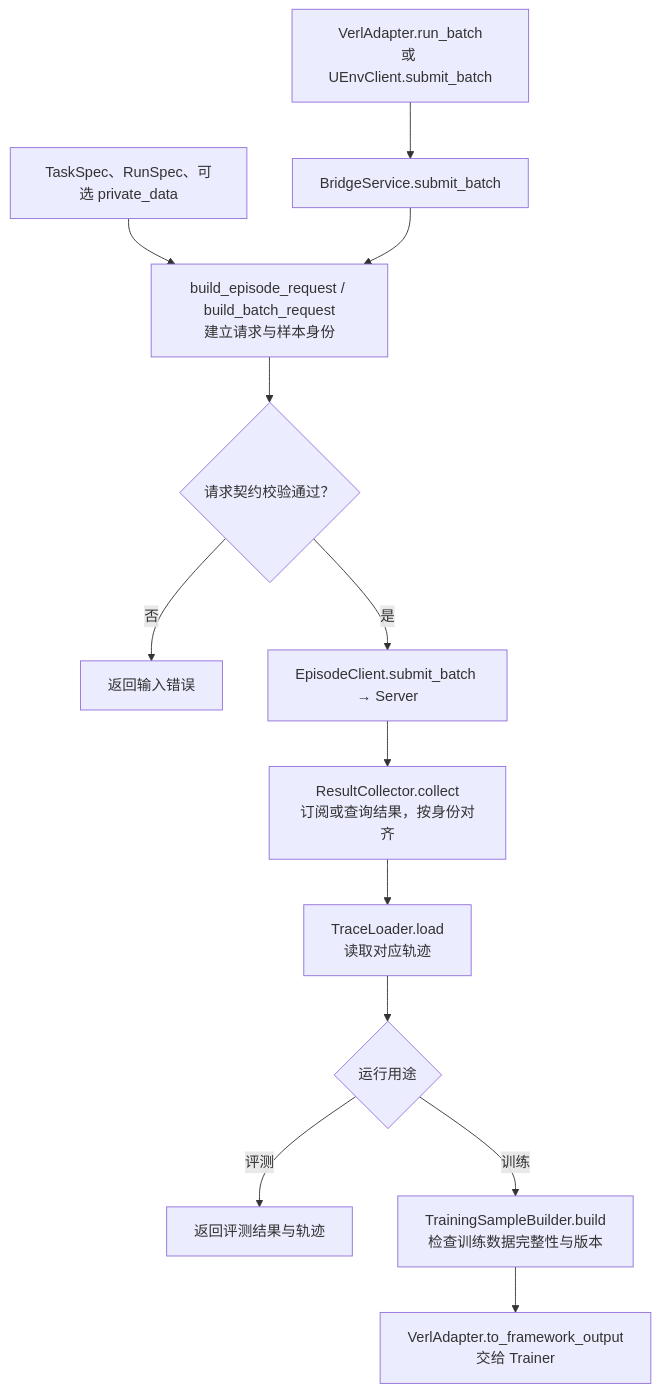
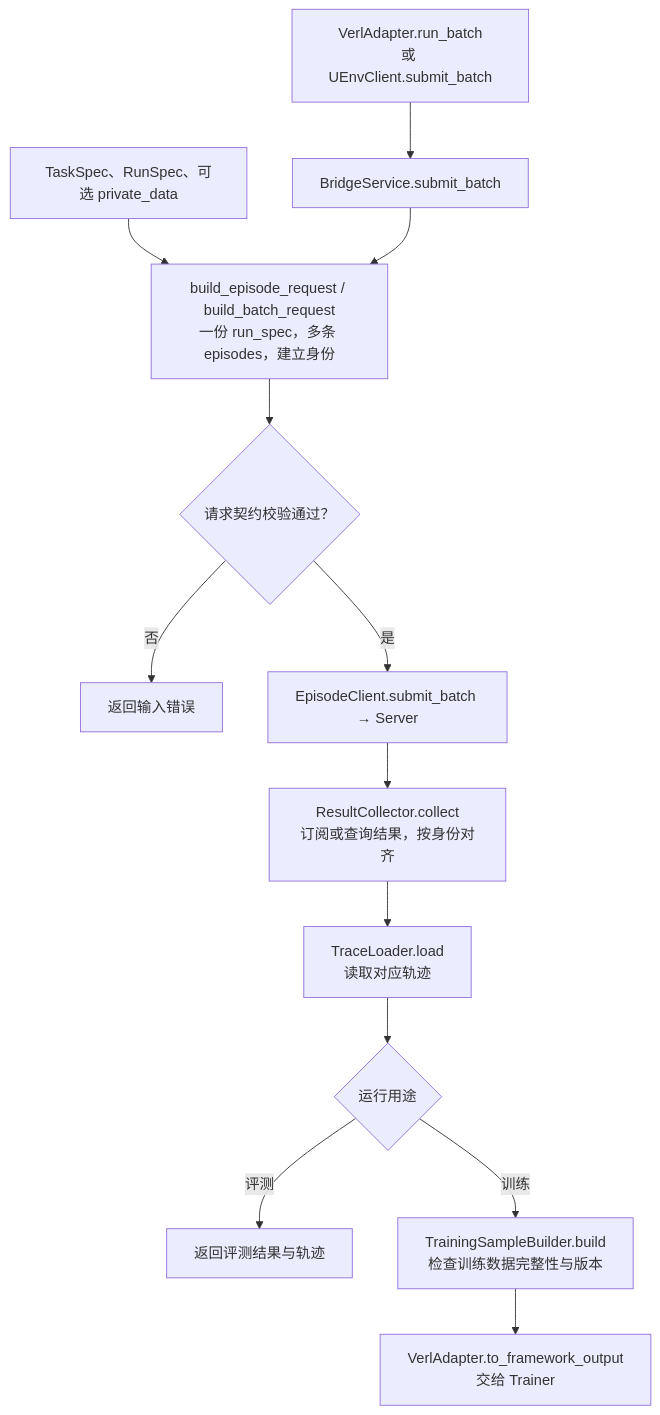
The fourth of 16 diagrams in docs/uenv_design.md (audreyyan1015/uenv_design), drawn with Mermaid before and after one commit. The commit also changed other lines of this file and 34 other files, not shown here.

Commit message:
Submit shared run configuration with each episode batch

````diff
--- a/docs/uenv_design.md
+++ b/docs/uenv_design.md
@@ -251,15 +252,15 @@
 ```mermaid
 flowchart TB
   CLIENT[VerlAdapter.run_batch<br/>或 UEnvClient.submit_batch] --> BRIDGE[BridgeService.submit_batch]
-  INPUT[TaskSpec、RunSpec、可选 private_data] --> BUILD[build_episode_request / build_batch_request<br/>建立请求与样本身份]
+  INPUT[TaskSpec、RunSpec、可选 private_data] --> BUILD[build_episode_request / build_batch_request<br/>一份 run_spec，多条 episodes，建立身份]
   BRIDGE --> BUILD
   BUILD --> CHECK{请求契约校验通过？}
   CHECK -->|否| ERROR[返回输入错误]
   CHECK -->|是| SUBMIT[EpisodeClient.submit_batch → Server]
   SUBMIT --> COLLECT[ResultCollector.collect<br/>订阅或查询结果，按身份对齐]
   COLLECT --> TRACE[TraceLoader.load<br/>读取对应轨迹]
   TRACE --> PURPOSE{运行用途}
   PURPOSE -->|评测| EVAL[返回评测结果与轨迹]
   PURPOSE -->|训练| TRAIN[TrainingSampleBuilder.build<br/>检查训练数据完整性与版本]
   TRAIN --> OUTPUT[VerlAdapter.to_framework_output<br/>交给 Trainer]
 ```
````
